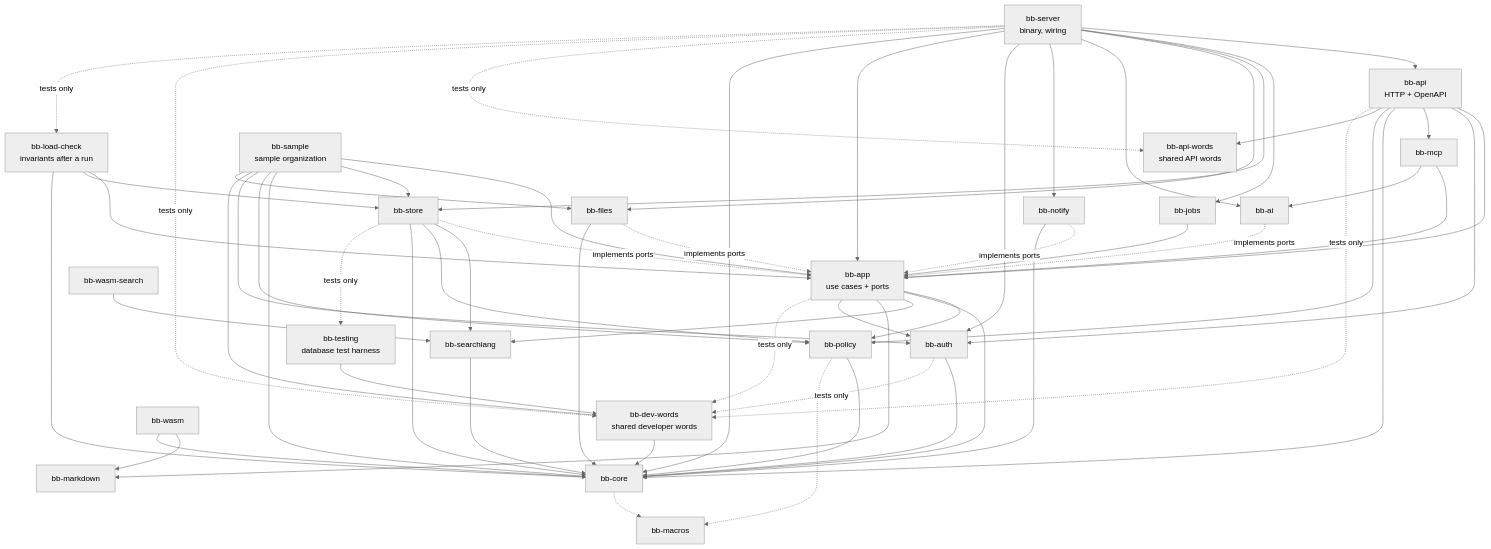
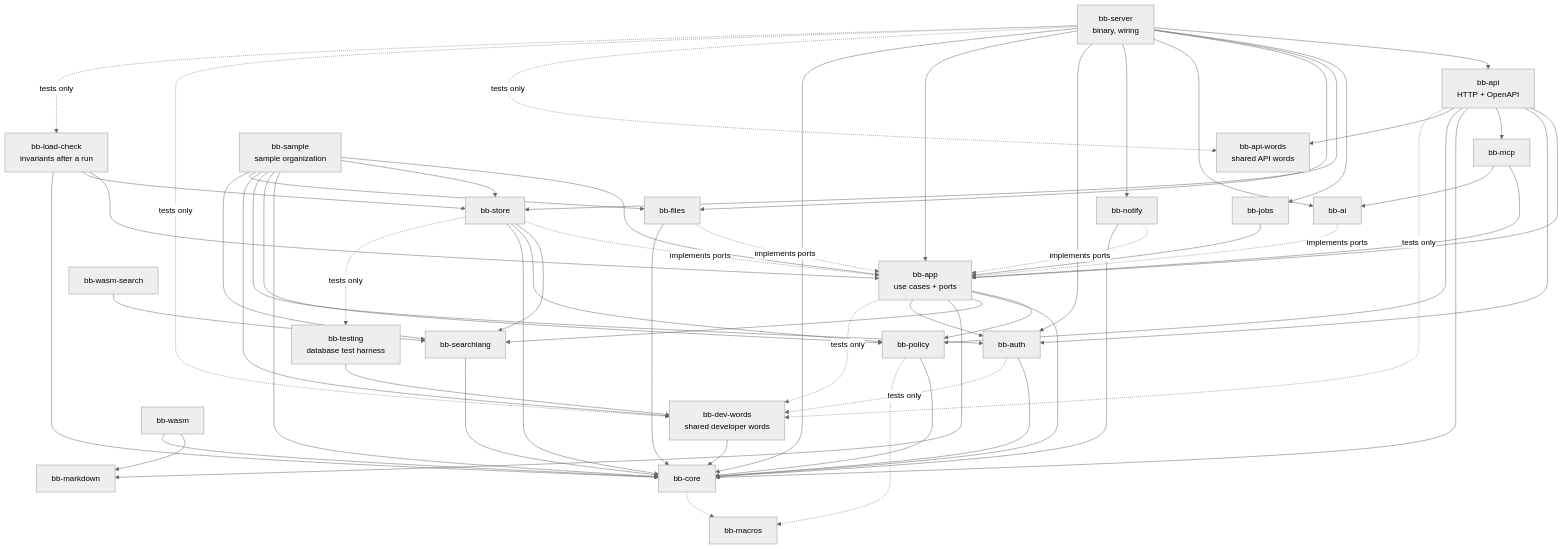
Before and after one commit to Nusi42/Bugaboo: the diagram in docs/architecture/04-building-blocks.md, drawn with Mermaid (neutral theme). The commit also changed other lines of this file and 2 other files, not shown here.

Commit message:
fix(search): let bb-sample use bb-searchlang, fix clippy names

````diff
--- a/docs/architecture/04-building-blocks.md
+++ b/docs/architecture/04-building-blocks.md
@@ -49,56 +49,56 @@
 ```mermaid
 flowchart TB
   server["bb-server<br/>binary, wiring"]
   api["bb-api<br/>HTTP + OpenAPI"]
   words["bb-api-words<br/>shared API words"]
   devwords["bb-dev-words<br/>shared developer words"]
   mcp["bb-mcp"]
   app["bb-app<br/>use cases + ports"]
   policy["bb-policy"]
   core["bb-core"]
   macros["bb-macros"]
   search["bb-searchlang"]
   md["bb-markdown"]
   store["bb-store"]
   files["bb-files"]
   auth["bb-auth"]
   ai["bb-ai"]
   notify["bb-notify"]
   jobs["bb-jobs"]
   wasm["bb-wasm"]
   wasmsearch["bb-wasm-search"]
   testing["bb-testing<br/>database test harness"]
   sample["bb-sample<br/>sample organization"]
   loadcheck["bb-load-check<br/>invariants after a run"]
 
   server --> api & jobs & store & files & ai & notify & auth & app & core
   api --> app & auth & mcp & core & policy & words
   mcp --> app & ai
   jobs --> app
   app --> policy & core & search & md & auth
   auth --> core
   policy --> core
   core -.-> macros
   policy -.-> macros
   search --> core
   store -. implements ports .-> app
   files -. implements ports .-> app
   ai -. implements ports .-> app
   notify -. implements ports .-> app
   store --> search & policy & core
   files --> core
   notify --> core
   wasm --> md & core
   wasmsearch --> search
   store -. tests only .-> testing
   server -. tests only .-> words
   testing --> devwords
   devwords --> core
   api -. tests only .-> devwords
   auth -. tests only .-> devwords
   app -. tests only .-> devwords
   server -. tests only .-> devwords
-  sample --> app & store & core & policy & auth & devwords & files
+  sample --> app & store & core & policy & auth & devwords & files & search
   loadcheck --> app & store & core
   server -. tests only .-> loadcheck
 ```
````
